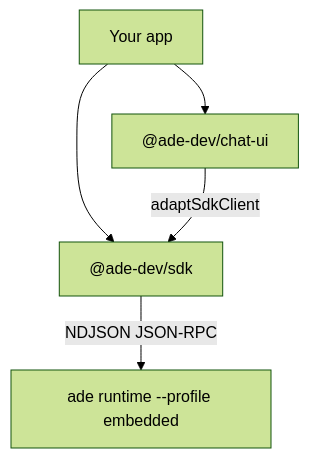
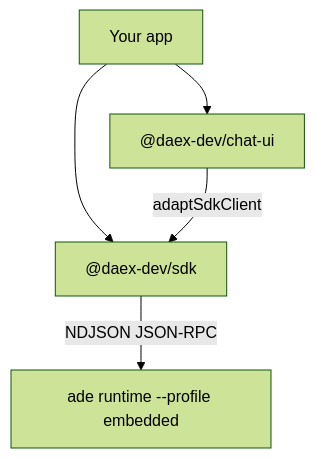
Before and after one commit to arul28/ADE: the diagram in sdk/overview.mdx, drawn with Mermaid (forest theme). The commit also changed other lines of this file and 46 other files, not shown here.

First line of the commit message:
docs(sdk): @daex-dev install names, daex binary lookup, Daex in SDK API docs

````diff
--- a/sdk/overview.mdx
+++ b/sdk/overview.mdx
@@ -40,12 +40,12 @@
 ```mermaid
 flowchart TB
   Host["Your app"]
-  Sdk["@ade-dev/sdk"]
-  Ui["@ade-dev/chat-ui"]
+  Sdk["@daex-dev/sdk"]
+  Ui["@daex-dev/chat-ui"]
   Runtime["ade runtime --profile embedded"]
 
   Host --> Sdk
   Host --> Ui
   Ui -->|"adaptSdkClient"| Sdk
   Sdk -->|"NDJSON JSON-RPC"| Runtime
 ```
````
